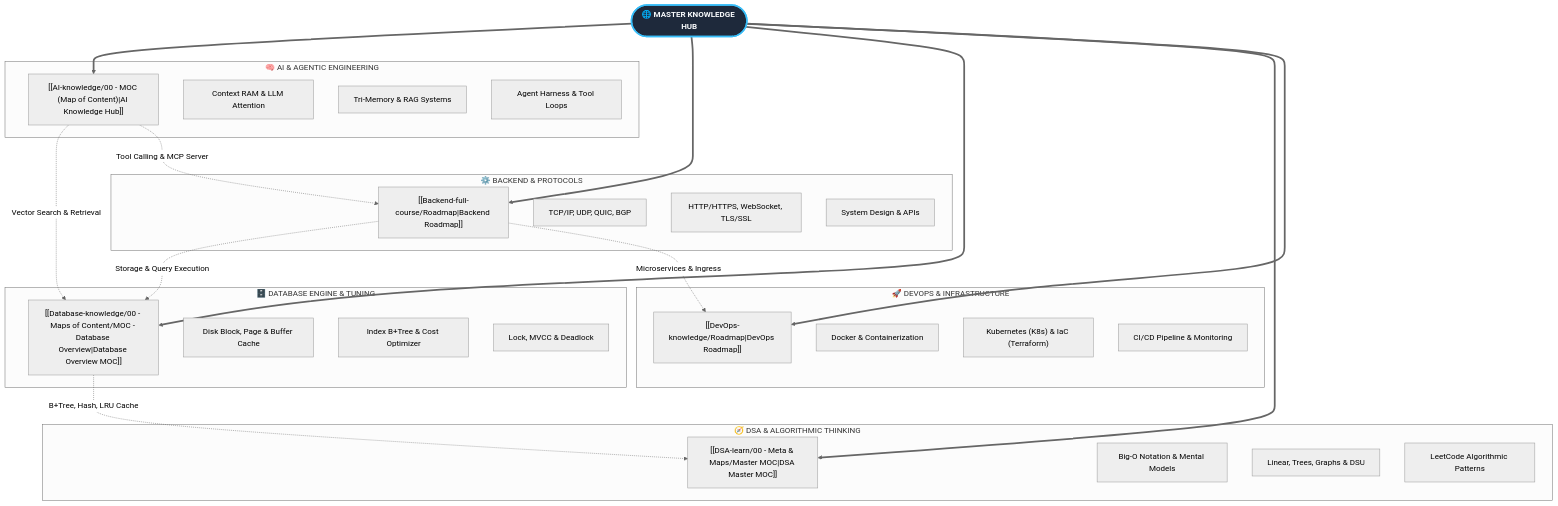
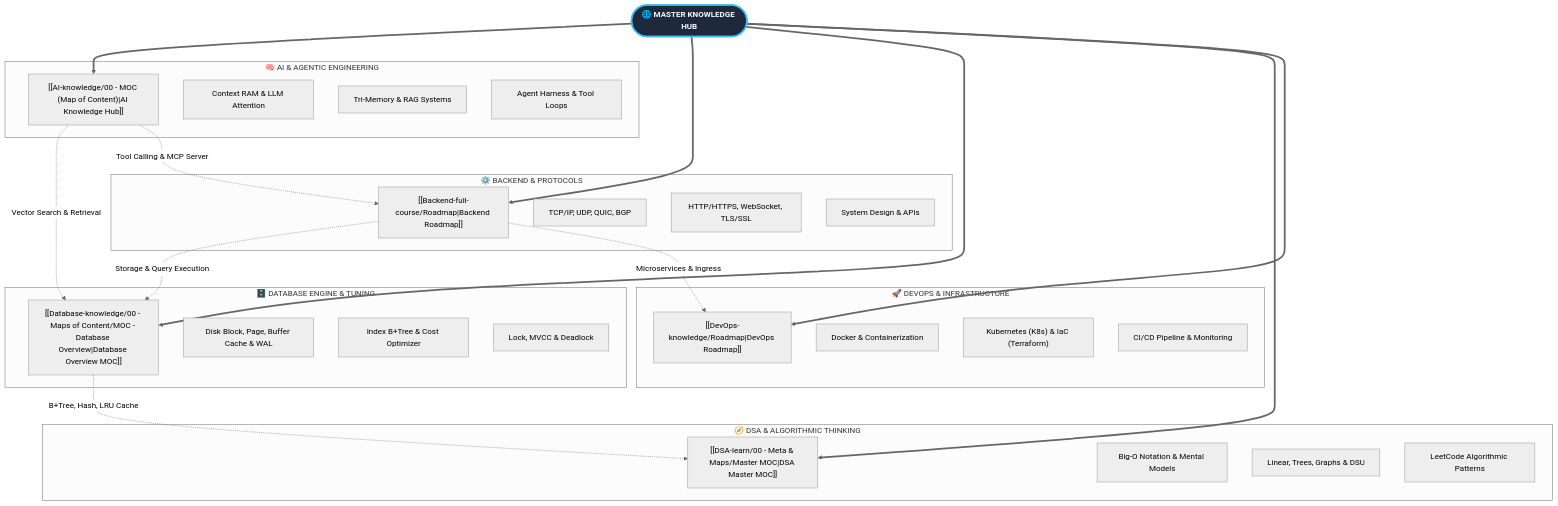
The diagram in 00 - Master Knowledge Hub.md (longhalo1803/second-brain), drawn with Mermaid (neutral theme) before and after one commit. The commit also changed 12 other files, not shown here.

````diff
--- a/00 - Master Knowledge Hub.md
+++ b/00 - Master Knowledge Hub.md
@@ -26,55 +26,55 @@
 ```mermaid
 flowchart TD
     Hub(["🌐 MASTER KNOWLEDGE HUB"]):::main
 
     subgraph D1["🧠 AI & AGENTIC ENGINEERING"]
         AI["[[AI-knowledge/00 - MOC (Map of Content)|AI Knowledge Hub]]"]
         AI_F["Context RAM & LLM Attention"]
         AI_M["Tri-Memory & RAG Systems"]
         AI_H["Agent Harness & Tool Loops"]
     end
 
     subgraph D2["⚙️ BACKEND & PROTOCOLS"]
         BE["[[Backend-full-course/Roadmap|Backend Roadmap]]"]
         BE_P["TCP/IP, UDP, QUIC, BGP"]
         BE_W["HTTP/HTTPS, WebSocket, TLS/SSL"]
         BE_S["System Design & APIs"]
     end
 
     subgraph D3["🗄️ DATABASE ENGINE & TUNING"]
         DB["[[Database-knowledge/00 - Maps of Content/MOC - Database Overview|Database Overview MOC]]"]
-        DB_S["Disk Block, Page & Buffer Cache"]
+        DB_S["Disk Block, Page, Buffer Cache & WAL"]
         DB_O["Index B+Tree & Cost Optimizer"]
         DB_L["Lock, MVCC & Deadlock"]
     end
 
     subgraph D4["🧭 DSA & ALGORITHMIC THINKING"]
         DSA["[[DSA-learn/00 - Meta & Maps/Master MOC|DSA Master MOC]]"]
         DSA_M["Big-O Notation & Mental Models"]
         DSA_S["Linear, Trees, Graphs & DSU"]
         DSA_P["LeetCode Algorithmic Patterns"]
     end
 
     subgraph D5["🚀 DEVOPS & INFRASTRUCTURE"]
         DO["[[DevOps-knowledge/Roadmap|DevOps Roadmap]]"]
         DO_C["Docker & Containerization"]
         DO_K["Kubernetes (K8s) & IaC (Terraform)"]
         DO_P["CI/CD Pipeline & Monitoring"]
     end
 
     %% Hub to Domains
     Hub ==> AI
     Hub ==> BE
     Hub ==> DB
     Hub ==> DSA
     Hub ==> DO
 
     %% Cross-Domain Links
     AI -.->|Vector Search & Retrieval| DB
     BE -.->|Storage & Query Execution| DB
     DB -.->|B+Tree, Hash, LRU Cache| DSA
     BE -.->|Microservices & Ingress| DO
     AI -.->|Tool Calling & MCP Server| BE
 
     classDef main fill:#1e293b,stroke:#38bdf8,stroke-width:3px,color:#f8fafc,font-weight:bold;
 ```
````
